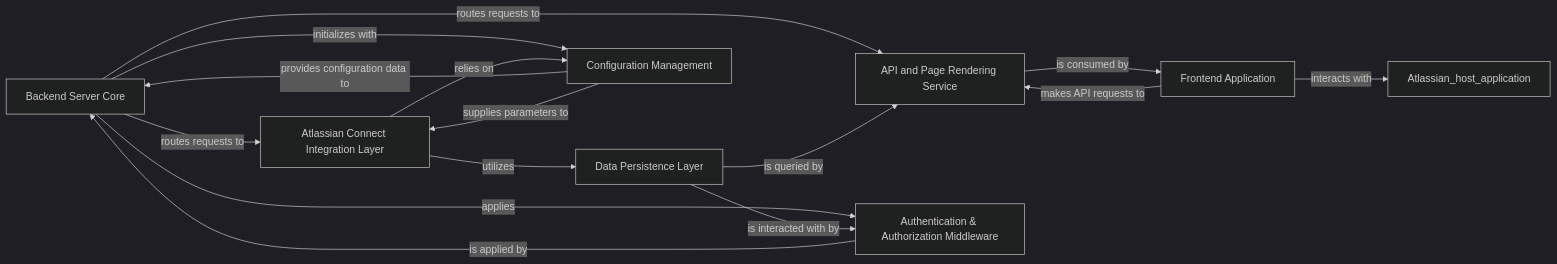
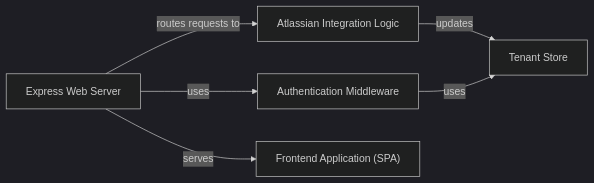
Before and after one commit to CodeBoarding/GeneratedOnBoardings: the diagram in atlassian-connect-example-app-node/on_boarding.md, drawn with Mermaid (dark theme). The commit also changed other lines of this file and 8 other files, not shown here.

Commit message:
Uploading onboarding materials for atlassian-connect-example-app-node

````diff
--- a/atlassian-connect-example-app-node/on_boarding.md
+++ b/atlassian-connect-example-app-node/on_boarding.md
@@ -1,29 +1,16 @@
 ```mermaid
 graph LR
-    Backend_Server_Core["Backend Server Core"]
-    Atlassian_Connect_Integration_Layer["Atlassian Connect Integration Layer"]
-    Data_Persistence_Layer["Data Persistence Layer"]
-    API_and_Page_Rendering_Service["API and Page Rendering Service"]
-    Authentication_Authorization_Middleware["Authentication & Authorization Middleware"]
-    Frontend_Application["Frontend Application"]
-    Configuration_Management["Configuration Management"]
-    Backend_Server_Core -- "routes requests to" --> Atlassian_Connect_Integration_Layer
-    Backend_Server_Core -- "routes requests to" --> API_and_Page_Rendering_Service
-    Backend_Server_Core -- "applies" --> Authentication_Authorization_Middleware
-    Backend_Server_Core -- "initializes with" --> Configuration_Management
-    Atlassian_Connect_Integration_Layer -- "utilizes" --> Data_Persistence_Layer
-    Atlassian_Connect_Integration_Layer -- "relies on" --> Configuration_Management
-    Data_Persistence_Layer -- "is queried by" --> API_and_Page_Rendering_Service
-    Data_Persistence_Layer -- "is interacted with by" --> Authentication_Authorization_Middleware
-    API_and_Page_Rendering_Service -- "is consumed by" --> Frontend_Application
-    Authentication_Authorization_Middleware -- "is applied by" --> Backend_Server_Core
-    Frontend_Application -- "makes API requests to" --> API_and_Page_Rendering_Service
-    Frontend_Application -- "interacts with" --> Atlassian_host_application
-    Configuration_Management -- "provides configuration data to" --> Backend_Server_Core
-    Configuration_Management -- "supplies parameters to" --> Atlassian_Connect_Integration_Layer
-    click Backend_Server_Core href "https://github.com/CodeBoarding/GeneratedOnBoardings/blob/main/atlassian-connect-example-app-node/Backend_Server_Core.md" "Details"
-    click Atlassian_Connect_Integration_Layer href "https://github.com/CodeBoarding/GeneratedOnBoardings/blob/main/atlassian-connect-example-app-node/Atlassian_Connect_Integration_Layer.md" "Details"
-    click API_and_Page_Rendering_Service href "https://github.com/CodeBoarding/GeneratedOnBoardings/blob/main/atlassian-connect-example-app-node/API_and_Page_Rendering_Service.md" "Details"
-    click Authentication_Authorization_Middleware href "https://github.com/CodeBoarding/GeneratedOnBoardings/blob/main/atlassian-connect-example-app-node/Authentication_Authorization_Middleware.md" "Details"
-    click Frontend_Application href "https://github.com/CodeBoarding/GeneratedOnBoardings/blob/main/atlassian-connect-example-app-node/Frontend_Application.md" "Details"
+    Express_Web_Server["Express Web Server"]
+    Atlassian_Integration_Logic["Atlassian Integration Logic"]
+    Authentication_Middleware["Authentication Middleware"]
+    Tenant_Store["Tenant Store"]
+    Frontend_Application_SPA_["Frontend Application (SPA)"]
+    Express_Web_Server -- "routes requests to" --> Atlassian_Integration_Logic
+    Express_Web_Server -- "serves" --> Frontend_Application_SPA_
+    Express_Web_Server -- "uses" --> Authentication_Middleware
+    Atlassian_Integration_Logic -- "updates" --> Tenant_Store
+    Authentication_Middleware -- "uses" --> Tenant_Store
+    click Express_Web_Server href "https://github.com/CodeBoarding/GeneratedOnBoardings/blob/main/atlassian-connect-example-app-node/Express_Web_Server.md" "Details"
+    click Atlassian_Integration_Logic href "https://github.com/CodeBoarding/GeneratedOnBoardings/blob/main/atlassian-connect-example-app-node/Atlassian_Integration_Logic.md" "Details"
+    click Frontend_Application_SPA_ href "https://github.com/CodeBoarding/GeneratedOnBoardings/blob/main/atlassian-connect-example-app-node/Frontend_Application_SPA_.md" "Details"
 ```
````
